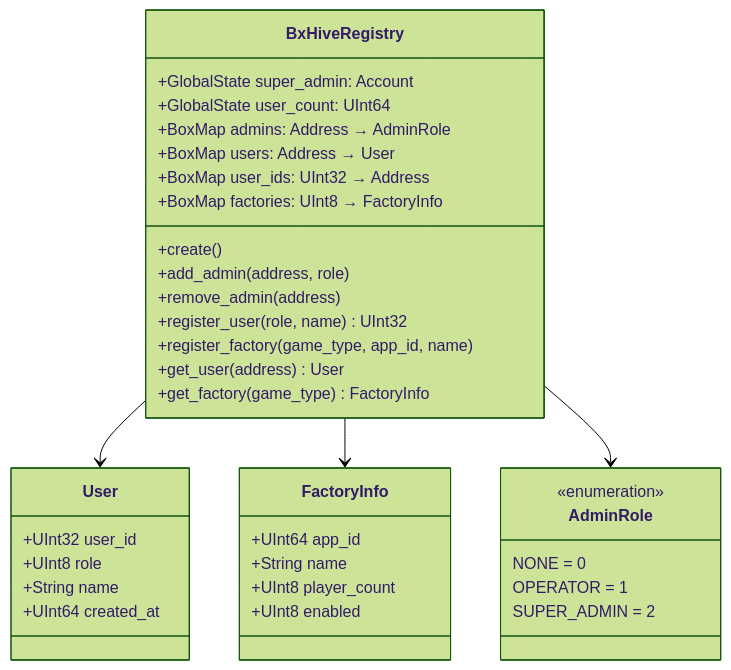
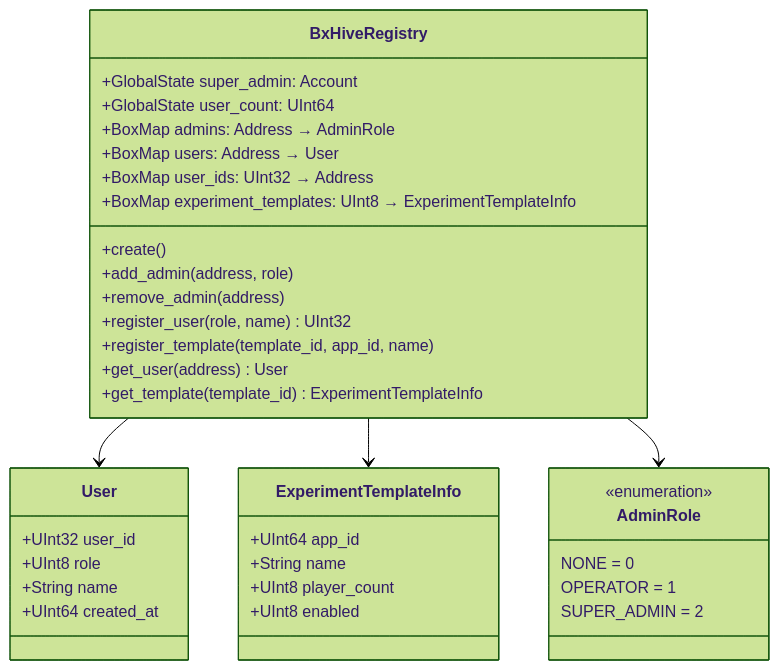
One commit to Open-Science-Blockchain-Economics/bx-hive changed the second of 10 diagrams in docs/smart-contract-architecture.md. Above: the diagram before and after it, drawn with Mermaid (forest theme). The commit also changed other lines of this file, not shown here.

````diff
--- a/docs/smart-contract-architecture.md
+++ b/docs/smart-contract-architecture.md
@@ -90,43 +71,43 @@
 ```mermaid
 classDiagram
     class BxHiveRegistry {
         +GlobalState super_admin: Account
         +GlobalState user_count: UInt64
         +BoxMap admins: Address → AdminRole
         +BoxMap users: Address → User
         +BoxMap user_ids: UInt32 → Address
-        +BoxMap factories: UInt8 → FactoryInfo
+        +BoxMap experiment_templates: UInt8 → ExperimentTemplateInfo
         +create()
         +add_admin(address, role)
         +remove_admin(address)
         +register_user(role, name) UInt32
-        +register_factory(game_type, app_id, name)
+        +register_template(template_id, app_id, name)
         +get_user(address) User
-        +get_factory(game_type) FactoryInfo
+        +get_template(template_id) ExperimentTemplateInfo
     }
 
     class User {
         +UInt32 user_id
         +UInt8 role
         +String name
         +UInt64 created_at
     }
 
-    class FactoryInfo {
+    class ExperimentTemplateInfo {
         +UInt64 app_id
         +String name
         +UInt8 player_count
         +UInt8 enabled
     }
 
     class AdminRole {
         <<enumeration>>
         NONE = 0
         OPERATOR = 1
         SUPER_ADMIN = 2
     }
 
     BxHiveRegistry --> User
-    BxHiveRegistry --> FactoryInfo
+    BxHiveRegistry --> ExperimentTemplateInfo
     BxHiveRegistry --> AdminRole
 ```
````
